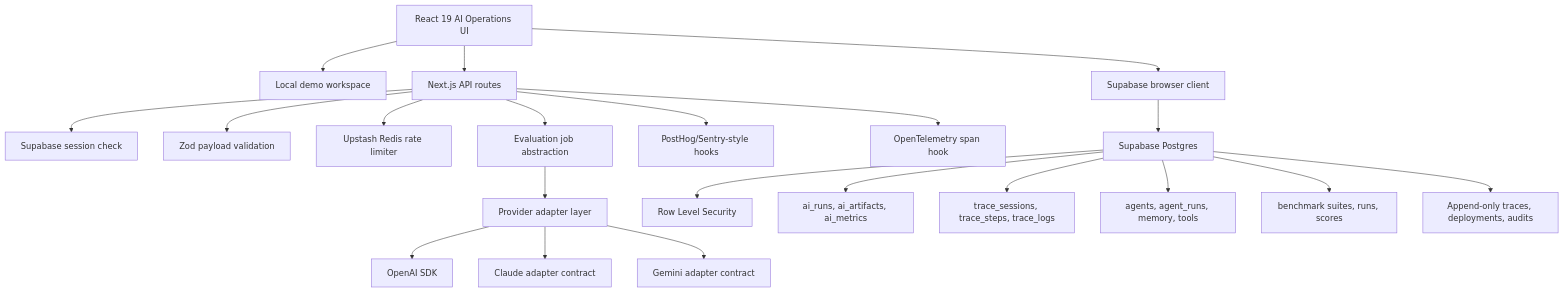
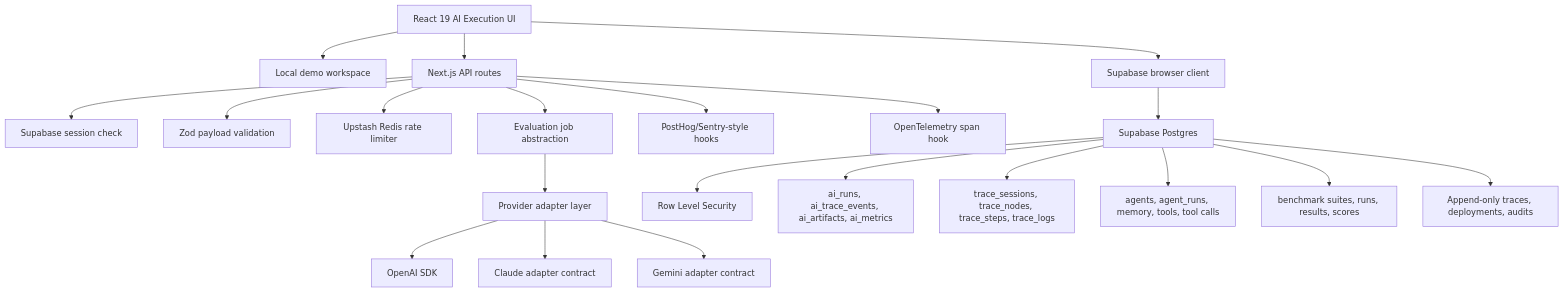
One commit to obone410/AI-Prompt-Management-Platform changed the first of 4 diagrams in docs/ARCHITECTURE.md. Above: the diagram before and after it, drawn with Mermaid. The commit also changed other lines of this file and 22 other files, not shown here.

````diff
--- a/docs/ARCHITECTURE.md
+++ b/docs/ARCHITECTURE.md
@@ -20,25 +20,25 @@
 ```mermaid
 flowchart TD
-  Browser["React 19 AI Operations UI"] --> LocalStore["Local demo workspace"]
+  Browser["React 19 AI Execution UI"] --> LocalStore["Local demo workspace"]
   Browser --> SupabaseBrowser["Supabase browser client"]
   Browser --> Routes["Next.js API routes"]
 
   Routes --> Auth["Supabase session check"]
   Routes --> Zod["Zod payload validation"]
   Routes --> RateLimit["Upstash Redis rate limiter"]
   Routes --> Jobs["Evaluation job abstraction"]
   Routes --> Observability["PostHog/Sentry-style hooks"]
   Routes --> OTel["OpenTelemetry span hook"]
   Jobs --> Providers["Provider adapter layer"]
   Providers --> OpenAI["OpenAI SDK"]
   Providers --> Claude["Claude adapter contract"]
   Providers --> Gemini["Gemini adapter contract"]
 
   SupabaseBrowser --> Postgres["Supabase Postgres"]
   Postgres --> RLS["Row Level Security"]
-  Postgres --> UnifiedRuns["ai_runs, ai_artifacts, ai_metrics"]
-  Postgres --> Traces["trace_sessions, trace_steps, trace_logs"]
-  Postgres --> Agents["agents, agent_runs, memory, tools"]
-  Postgres --> Benchmarks["benchmark suites, runs, scores"]
+  Postgres --> UnifiedRuns["ai_runs, ai_trace_events, ai_artifacts, ai_metrics"]
+  Postgres --> Traces["trace_sessions, trace_nodes, trace_steps, trace_logs"]
+  Postgres --> Agents["agents, agent_runs, memory, tools, tool calls"]
+  Postgres --> Benchmarks["benchmark suites, runs, results, scores"]
   Postgres --> AppendOnly["Append-only traces, deployments, audits"]
 ```
````
